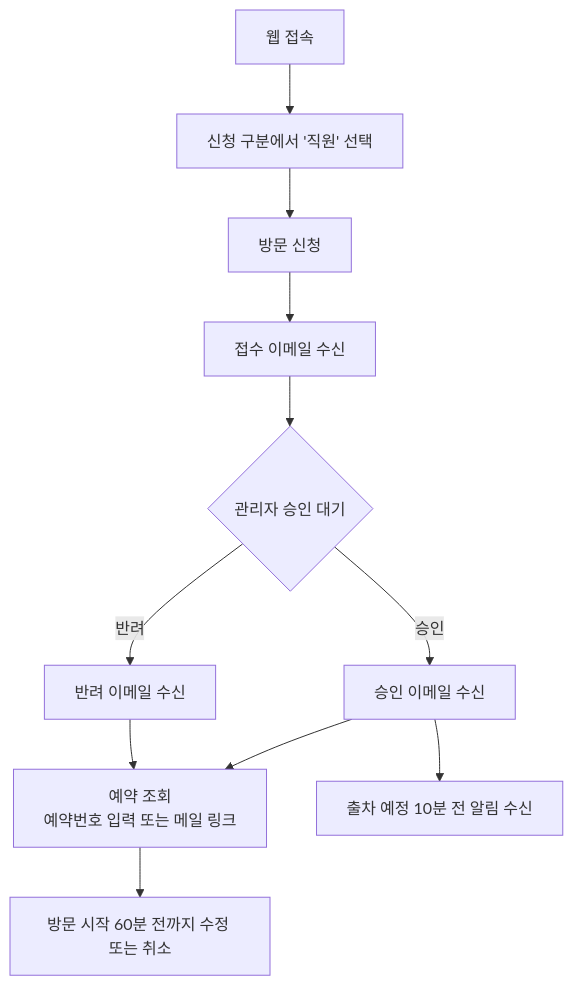
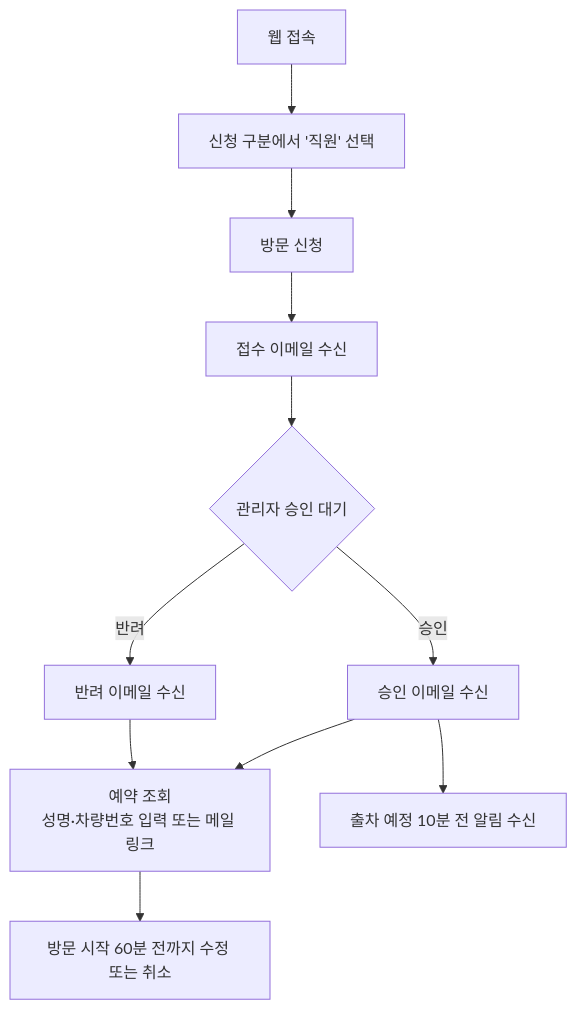
One commit to leejyeone/ParkingSystem changed the second of 5 diagrams in README.md. Above: the diagram before and after it, drawn with Mermaid. The commit also changed other lines of this file and 16 other files, not shown here.

````diff
--- a/README.md
+++ b/README.md
@@ -204,13 +206,13 @@
 ```mermaid
 flowchart TD
     A[웹 접속] --> B[신청 구분에서 '직원' 선택]
     B --> C[방문 신청]
     C --> D[접수 이메일 수신]
     D --> E{관리자 승인 대기}
     E -->|승인| F[승인 이메일 수신]
     E -->|반려| G[반려 이메일 수신]
-    F --> H[예약 조회<br/>예약번호 입력 또는 메일 링크]
+    F --> H[예약 조회<br/>성명·차량번호 입력 또는 메일 링크]
     G --> H
     H --> I[방문 시작 60분 전까지 수정 또는 취소]
     F --> J[출차 예정 10분 전 알림 수신]
 ```
````
